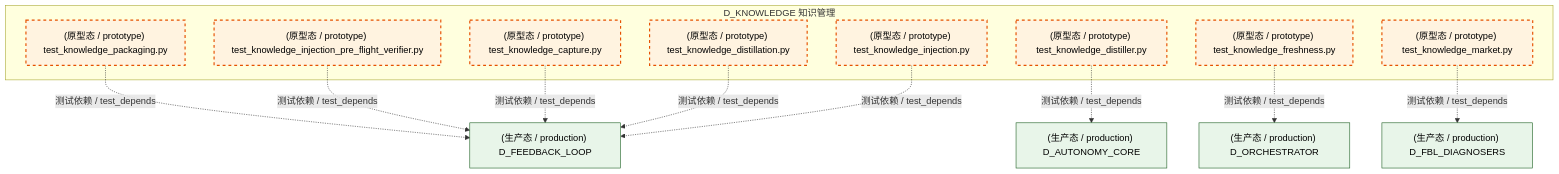
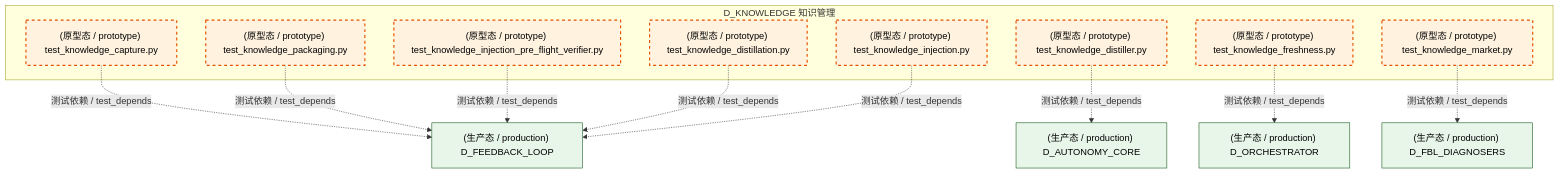
Before and after one commit to xuanFelixVan/ZephyrAlpha: the second of 5 diagrams in docs/02_enterprise_architecture/02_domain_architecture_docs/48_d_knowledge.md, drawn with Mermaid. The commit also changed other lines of this file and 126 other files, not shown here.

````diff
--- a/docs/02_enterprise_architecture/02_domain_architecture_docs/48_d_knowledge.md
+++ b/docs/02_enterprise_architecture/02_domain_architecture_docs/48_d_knowledge.md
@@ -173,31 +176,31 @@
 ```mermaid
 graph TD
     subgraph D_KNOWLEDGE["D_KNOWLEDGE 知识管理"]
         tests_knowledge_engine_test_knowledge_capture_py["(原型态 / prototype) test_knowledge_capture.py"]
         tests_knowledge_engine_test_knowledge_distillation_py["(原型态 / prototype) test_knowledge_distillation.py"]
         tests_knowledge_engine_test_knowledge_distiller_py["(原型态 / prototype) test_knowledge_distiller.py"]
         tests_knowledge_engine_test_knowledge_freshness_py["(原型态 / prototype) test_knowledge_freshness.py"]
         tests_knowledge_engine_test_knowledge_injection_py["(原型态 / prototype) test_knowledge_injection.py"]
         tests_knowledge_engine_test_knowledge_injection_pre_flight_verifier_py["(原型态 / prototype) test_knowledge_injection_pre_flight_verifier.py"]
         tests_knowledge_engine_test_knowledge_market_py["(原型态 / prototype) test_knowledge_market.py"]
         tests_knowledge_engine_test_knowledge_packaging_py["(原型态 / prototype) test_knowledge_packaging.py"]
     end
     D_FBL_DIAGNOSERS["(生产态 / production) D_FBL_DIAGNOSERS"]
     tests_knowledge_engine_test_knowledge_market_py -.->|测试依赖 / test_depends| D_FBL_DIAGNOSERS
+    D_AUTONOMY_CORE["(生产态 / production) D_AUTONOMY_CORE"]
+    tests_knowledge_engine_test_knowledge_distiller_py -.->|测试依赖 / test_depends| D_AUTONOMY_CORE
     D_FEEDBACK_LOOP["(生产态 / production) D_FEEDBACK_LOOP"]
+    tests_knowledge_engine_test_knowledge_capture_py -.->|测试依赖 / test_depends| D_FEEDBACK_LOOP
     tests_knowledge_engine_test_knowledge_packaging_py -.->|测试依赖 / test_depends| D_FEEDBACK_LOOP
     tests_knowledge_engine_test_knowledge_injection_pre_flight_verifier_py -.->|测试依赖 / test_depends| D_FEEDBACK_LOOP
-    D_AUTONOMY_CORE["(生产态 / production) D_AUTONOMY_CORE"]
-    tests_knowledge_engine_test_knowledge_distiller_py -.->|测试依赖 / test_depends| D_AUTONOMY_CORE
-    tests_knowledge_engine_test_knowledge_capture_py -.->|测试依赖 / test_depends| D_FEEDBACK_LOOP
     tests_knowledge_engine_test_knowledge_distillation_py -.->|测试依赖 / test_depends| D_FEEDBACK_LOOP
     tests_knowledge_engine_test_knowledge_injection_py -.->|测试依赖 / test_depends| D_FEEDBACK_LOOP
     D_ORCHESTRATOR["(生产态 / production) D_ORCHESTRATOR"]
     tests_knowledge_engine_test_knowledge_freshness_py -.->|测试依赖 / test_depends| D_ORCHESTRATOR
     classDef production fill:#e1f5fe,stroke:#01579b,stroke-width:2px,color:#000
     classDef design fill:#fff3e0,stroke:#e65100,stroke-width:2px,color:#000,stroke-dasharray: 5 5
     classDef external_prod fill:#e8f5e9,stroke:#1b5e20,stroke-width:1px,color:#000
     classDef external_design fill:#fce4ec,stroke:#880e4f,stroke-width:1px,color:#000,stroke-dasharray: 5 5
     class tests_knowledge_engine_test_knowledge_capture_py,tests_knowledge_engine_test_knowledge_distillation_py,tests_knowledge_engine_test_knowledge_distiller_py,tests_knowledge_engine_test_knowledge_freshness_py,tests_knowledge_engine_test_knowledge_injection_py,tests_knowledge_engine_test_knowledge_injection_pre_flight_verifier_py,tests_knowledge_engine_test_knowledge_market_py,tests_knowledge_engine_test_knowledge_packaging_py design
-    class D_FBL_DIAGNOSERS,D_FEEDBACK_LOOP,D_AUTONOMY_CORE,D_ORCHESTRATOR external_prod
+    class D_FBL_DIAGNOSERS,D_AUTONOMY_CORE,D_FEEDBACK_LOOP,D_ORCHESTRATOR external_prod
 ```
````
